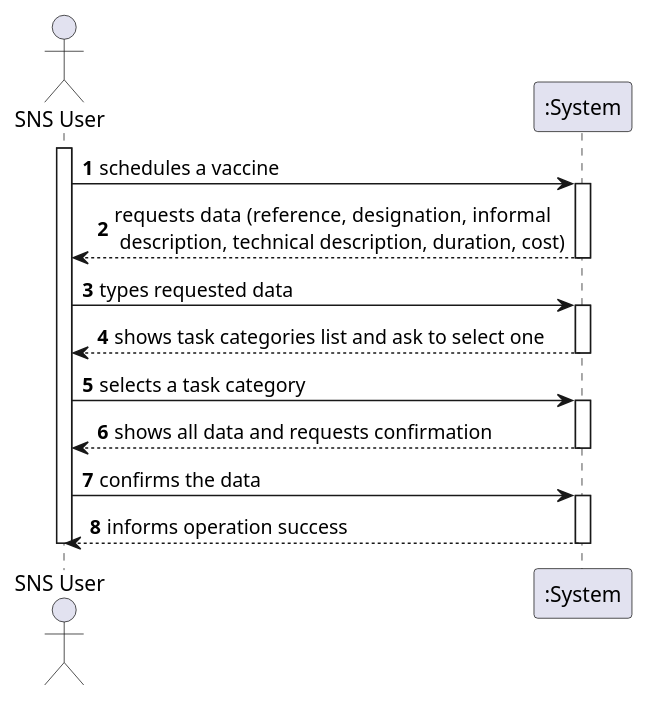
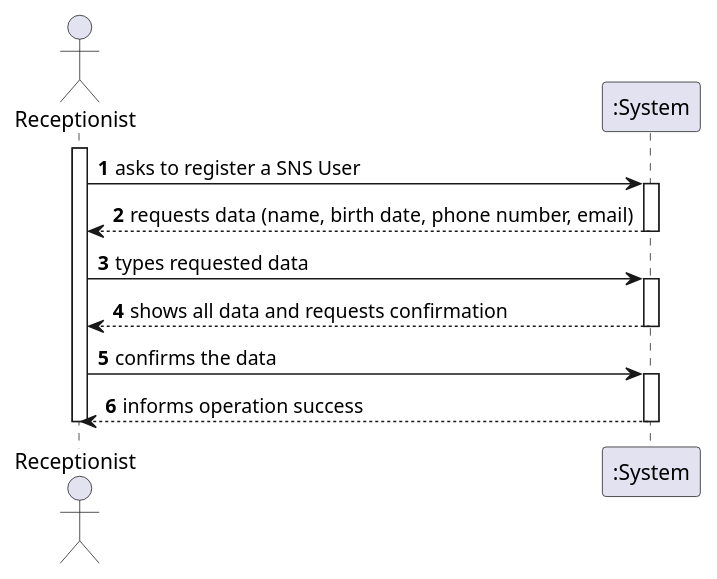
The diagram in docs/SprintB/US03/SSD/US03_SSD.puml (miseEnPlace-i/lapr2), drawn with PlantUML before and after one commit. The commit also changed 1 other file, not shown here.

```diff
--- a/docs/SprintB/US03/SSD/US03_SSD.puml
+++ b/docs/SprintB/US03/SSD/US03_SSD.puml
@@ -1,28 +1,23 @@
 @startuml
 autonumber
-actor "SNS User" as User
+actor "Receptionist" as Receptionist
 
-activate User
-User -> ":System" : schedules a vaccine
+activate Receptionist
+Receptionist -> ":System" : asks to register a SNS User
 activate ":System"
-":System" --> User : requests data (reference, designation,  informal \n description, technical description, duration, cost)
+":System" --> Receptionist : requests data (name, birth date, phone number, email)
 deactivate ":System"
 
-User -> ":System" : types requested data
+Receptionist -> ":System" : types requested data
 activate ":System"
-":System" --> User : shows task categories list and ask to select one
+":System" --> Receptionist : shows all data and requests confirmation
 deactivate ":System"
 
-User -> ":System" : selects a task category
+Receptionist -> ":System" : confirms the data
 activate ":System"
-":System" --> User : shows all data and requests confirmation
+":System" --> Receptionist : informs operation success
 deactivate ":System"
 
-User -> ":System" : confirms the data
-activate ":System"
-":System" --> User : informs operation success
-deactivate ":System"
-
-deactivate User
+deactivate Receptionist
 
 @enduml
```
